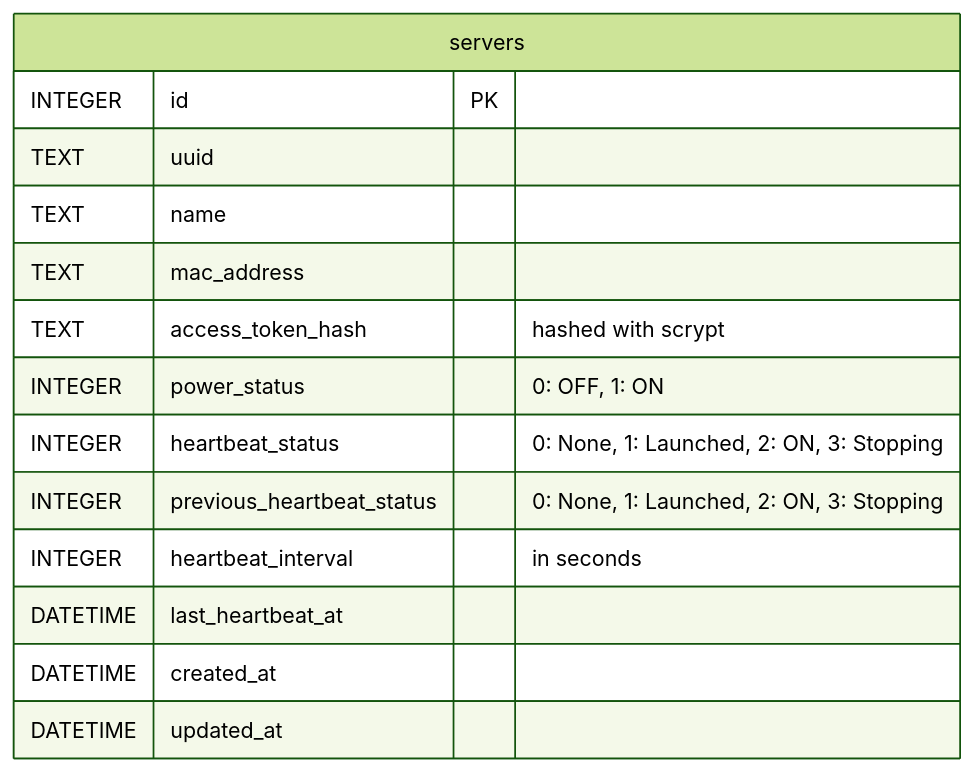
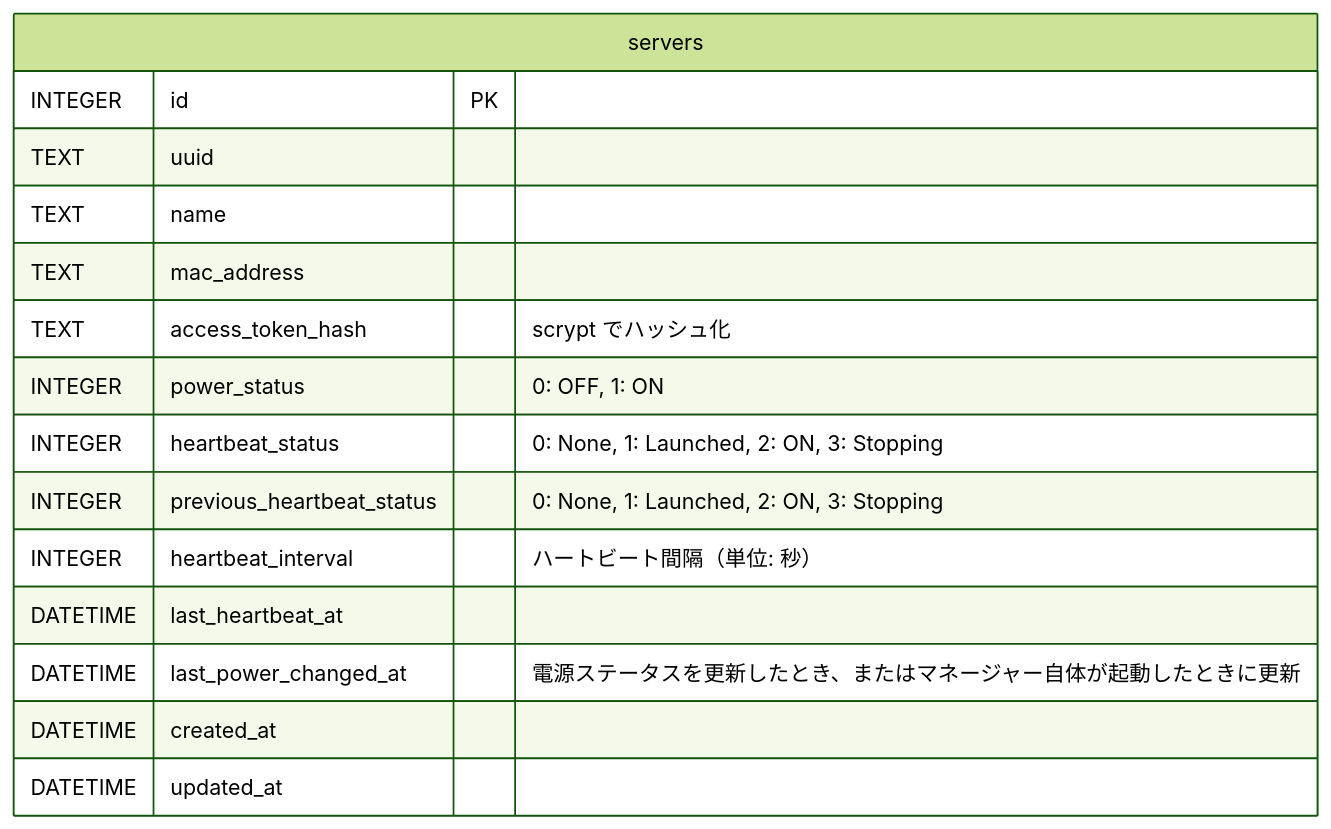
One commit to ichi-h/komoriuta changed the second of 3 diagrams in docs/sdd.md. Above: the diagram before and after it, drawn with Mermaid (forest theme).

Commit message:
feat: テーブル構成の改修

````diff
--- a/docs/sdd.md
+++ b/docs/sdd.md
@@ -44,17 +44,18 @@
 ```mermaid
 erDiagram
   servers {
     INTEGER id PK
     TEXT uuid
     TEXT name
     TEXT mac_address
-    TEXT access_token_hash "hashed with scrypt"
+    TEXT access_token_hash "scrypt でハッシュ化"
     INTEGER power_status "0: OFF, 1: ON"
     INTEGER heartbeat_status "0: None, 1: Launched, 2: ON, 3: Stopping"
     INTEGER previous_heartbeat_status "0: None, 1: Launched, 2: ON, 3: Stopping"
-    INTEGER heartbeat_interval "in seconds"
+    INTEGER heartbeat_interval "ハートビート間隔（単位: 秒）"
     DATETIME last_heartbeat_at
+    DATETIME last_power_changed_at "電源ステータスを更新したとき、またはマネージャー自体が起動したときに更新"
     DATETIME created_at
     DATETIME updated_at
   }
 ```
````
